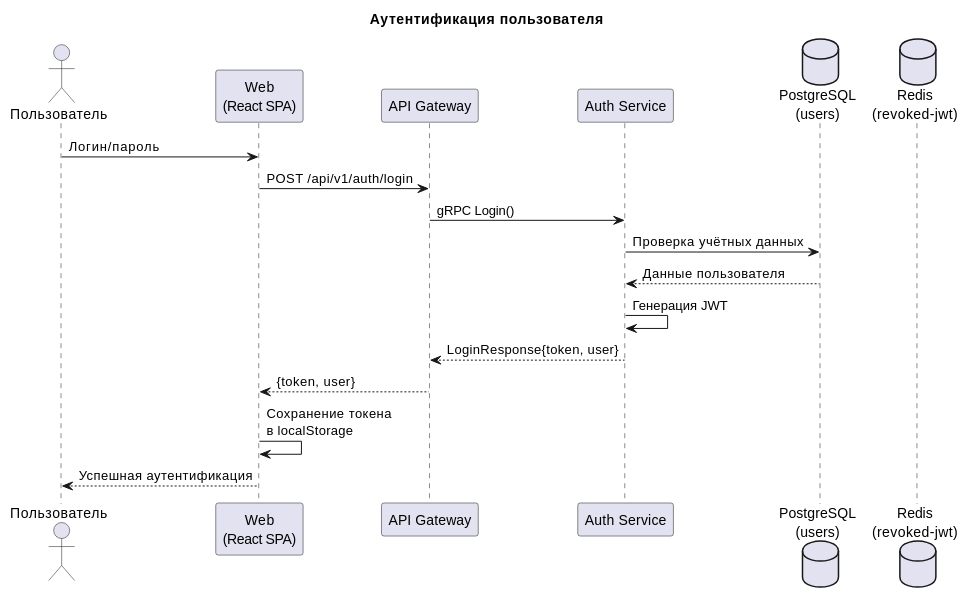
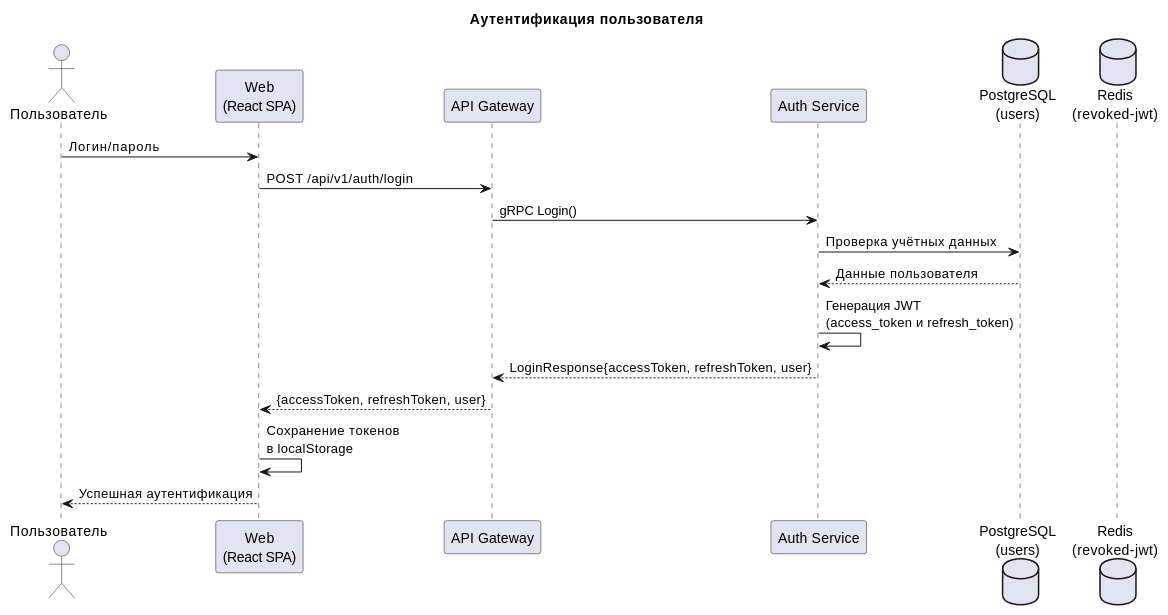
One commit to velvetriddles/mini-smart-home changed the first of 6 diagrams in docs/flow-sequence.md. Above: the diagram before and after it, drawn with PlantUML. The commit also changed other lines of this file and 65 other files, not shown here.

Commit message:
Добавлены файлы конфигурации Docker, обновлены зависимости, улучшена структура проекта. Реализован API Gateway с поддержкой WebSocket и документацией. Обновлены функции аутентификации и управления устройствами, добавлен фронтенд на React с использованием TypeScript и Tailwind CSS.

````diff
--- a/docs/flow-sequence.md
+++ b/docs/flow-sequence.md
@@ -5,24 +5,24 @@
 ```plantuml
 @startuml
 title Аутентификация пользователя
 
 actor Пользователь
 participant "Web\n(React SPA)" as Web
 participant "API Gateway" as Gateway
 participant "Auth Service" as Auth
 database "PostgreSQL\n(users)" as DB
 database "Redis\n(revoked-jwt)" as Redis
 
 Пользователь -> Web: Логин/пароль
 Web -> Gateway: POST /api/v1/auth/login
 Gateway -> Auth: gRPC Login()
 Auth -> DB: Проверка учётных данных
 DB --> Auth: Данные пользователя
-Auth -> Auth: Генерация JWT
-Auth --> Gateway: LoginResponse{token, user}
-Gateway --> Web: {token, user}
-Web -> Web: Сохранение токена\nв localStorage
+Auth -> Auth: Генерация JWT\n(access_token и refresh_token)
+Auth --> Gateway: LoginResponse{accessToken, refreshToken, user}
+Gateway --> Web: {accessToken, refreshToken, user}
+Web -> Web: Сохранение токенов\nв localStorage
 Web --> Пользователь: Успешная аутентификация
 
 @enduml
 ```
````
